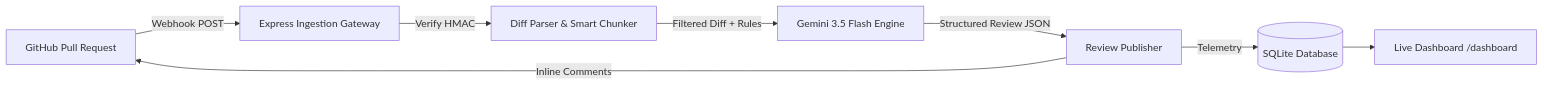
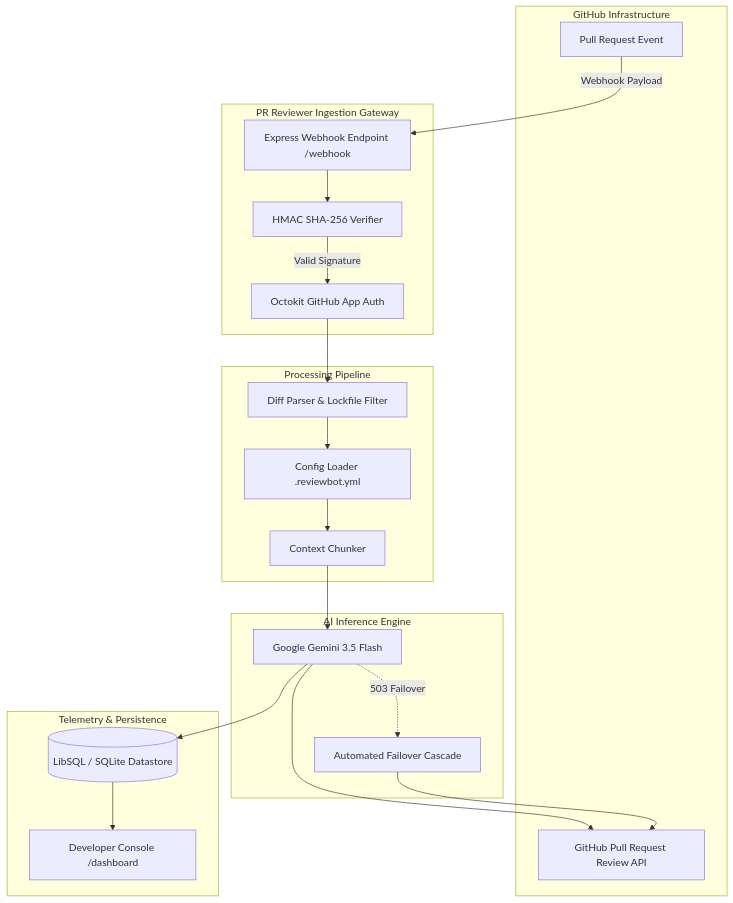
One commit to sankalp-mishra2005/PR-Reviewer-Bot changed the diagram in README.md. Above: the diagram before and after it, drawn with Mermaid. The commit also changed other lines of this file, not shown here.

````diff
--- a/README.md
+++ b/README.md
@@ -27,10 +31,42 @@
 ```mermaid
-flowchart LR
-    A[GitHub Pull Request] -->|Webhook POST| B[Express Ingestion Gateway]
-    B -->|Verify HMAC| C[Diff Parser & Smart Chunker]
-    C -->|Filtered Diff + Rules| D[Gemini 3.5 Flash Engine]
-    D -->|Structured Review JSON| E[Review Publisher]
-    E -->|Inline Comments| A
-    E -->|Telemetry| F[(SQLite Database)]
-    F --> G[Live Dashboard /dashboard]
+flowchart TD
+    subgraph GitHub ["GitHub Infrastructure"]
+        PR[Pull Request Event]
+        API[GitHub Pull Request Review API]
+    end
+
+    subgraph Gateway ["PR Reviewer Ingestion Gateway"]
+        WH[Express Webhook Endpoint /webhook]
+        HMAC[HMAC SHA-256 Verifier]
+        Octo[Octokit GitHub App Auth]
+    end
+
+    subgraph Pipeline ["Processing Pipeline"]
+        Filter[Diff Parser & Lockfile Filter]
+        Chunk[Context Chunker]
+        Cfg[Config Loader .reviewbot.yml]
+    end
+
+    subgraph Engine ["AI Inference Engine"]
+        Gemini[Google Gemini 3.5 Flash]
+        Failover[Automated Failover Cascade]
+    end
+
+    subgraph Storage ["Telemetry & Persistence"]
+        DB[(LibSQL / SQLite Datastore)]
+        UI[Developer Console /dashboard]
+    end
+
+    PR -->|Webhook Payload| WH
+    WH --> HMAC
+    HMAC -->|Valid Signature| Octo
+    Octo --> Filter
+    Filter --> Cfg
+    Cfg --> Chunk
+    Chunk --> Gemini
+    Gemini -.->|503 Failover| Failover
+    Gemini --> API
+    Failover --> API
+    Gemini --> DB
+    DB --> UI
 ```
````
